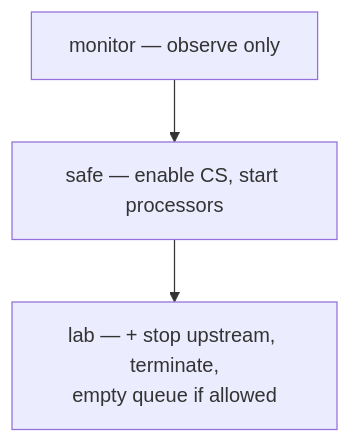
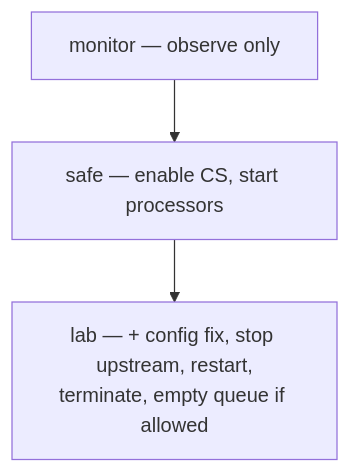
The third of 3 diagrams in nifi/README.md (BrooksIan/FlinkDockerWithAgents), drawn with Mermaid before and after one commit. The commit also changed other lines of this file and 49 other files, not shown here.

````diff
--- a/nifi/README.md
+++ b/nifi/README.md
@@ -217,5 +263,5 @@
 ```mermaid
 flowchart TB
   M["monitor — observe only"] --> S["safe — enable CS, start processors"]
-  S --> L["lab — + stop upstream, terminate,\nempty queue if allowed"]
+  S --> L["lab — + config fix, stop upstream, restart,\nterminate, empty queue if allowed"]
 ```
````
